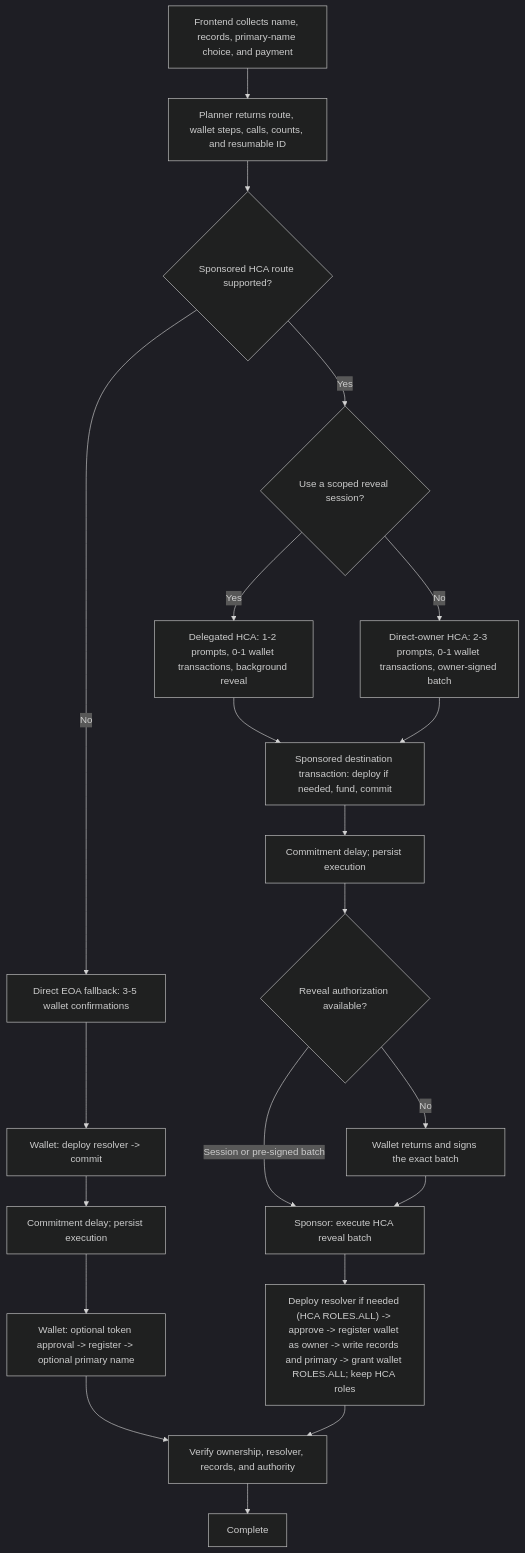
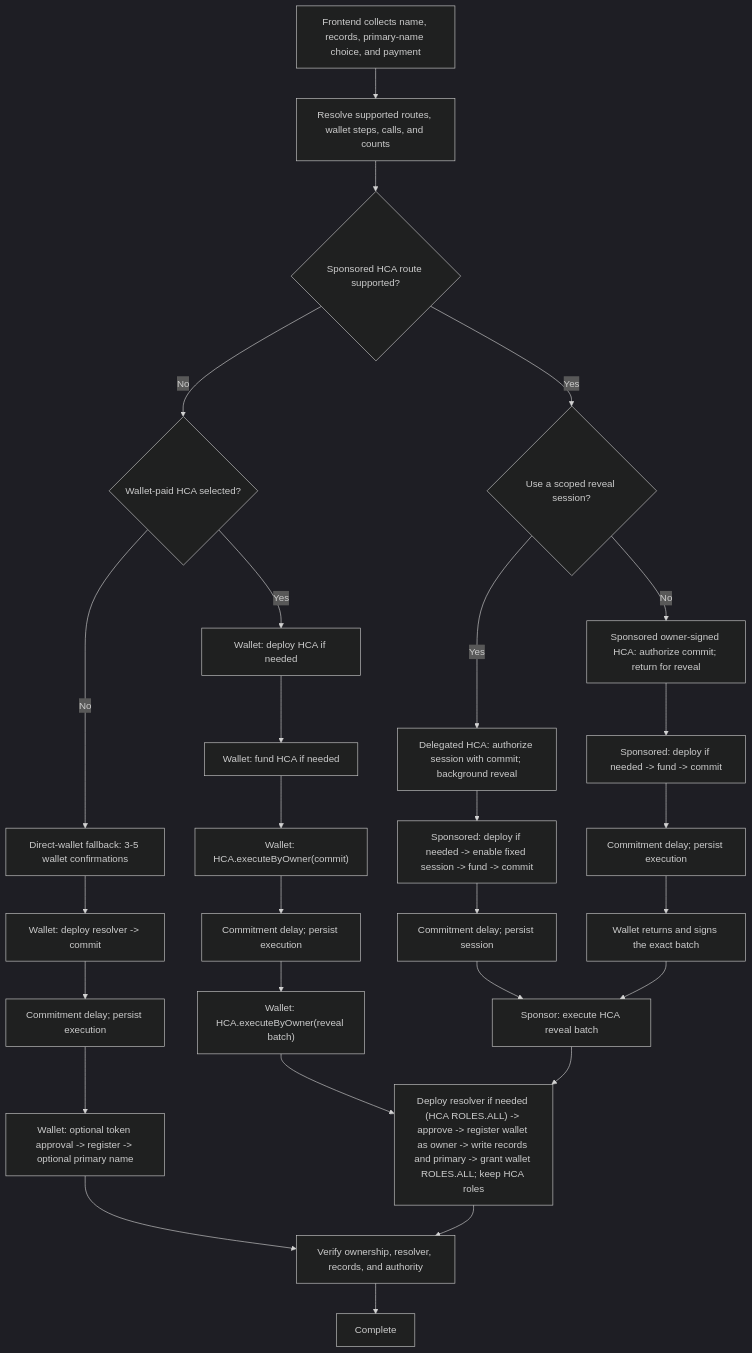
Before and after one commit to ensdomains/contracts-v2: the diagram in docs/HCA-HANDOFF-FRONTEND.md, drawn with Mermaid (dark theme). The commit also changed other lines of this file and 15 other files, not shown here.

Commit message:
feat(hca): use rhinestone session format

````diff
--- a/docs/HCA-HANDOFF-FRONTEND.md
+++ b/docs/HCA-HANDOFF-FRONTEND.md
@@ -56,27 +66,35 @@
 ```mermaid
 flowchart TD
-    input["Frontend collects name, records, primary-name choice, and payment"] --> plan["Planner returns route, wallet steps, calls, counts, and resumable ID"]
-    plan --> supported{"Sponsored HCA route supported?"}
+    input["Frontend collects name, records, primary-name choice, and payment"] --> route["Resolve supported routes, wallet steps, calls, and counts"]
+    route --> sponsored{"Sponsored HCA route supported?"}
 
-    supported -- No --> eoa["Direct EOA fallback: 3-5 wallet confirmations"]
+    sponsored -- No --> paid{"Wallet-paid HCA selected?"}
+    paid -- No --> eoa["Direct-wallet fallback: 3-5 wallet confirmations"]
     eoa --> eoaCommit["Wallet: deploy resolver -> commit"]
     eoaCommit --> eoaWait["Commitment delay; persist execution"]
     eoaWait --> eoaReveal["Wallet: optional token approval -> register -> optional primary name"]
 
-    supported -- Yes --> mode{"Use a scoped reveal session?"}
-    mode -- Yes --> delegated["Delegated HCA: 1-2 prompts, 0-1 wallet transactions, background reveal"]
-    mode -- No --> direct["Direct-owner HCA: 2-3 prompts, 0-1 wallet transactions, owner-signed batch"]
+    sponsored -- Yes --> mode{"Use a scoped reveal session?"}
+    mode -- Yes --> delegated["Delegated HCA: authorize session with commit; background reveal"]
+    mode -- No --> direct["Sponsored owner-signed HCA: authorize commit; return for reveal"]
 
-    delegated --> commit["Sponsored destination transaction: deploy if needed, fund, commit"]
-    direct --> commit
-    commit --> wait["Commitment delay; persist execution"]
-    wait --> ready{"Reveal authorization available?"}
-    ready -- "Session or pre-signed batch" --> reveal["Sponsor: execute HCA reveal batch"]
-    ready -- No --> return["Wallet returns and signs the exact batch"]
+    delegated --> sessionCommit["Sponsored: deploy if needed -> enable fixed session -> fund -> commit"]
+    direct --> commit["Sponsored: deploy if needed -> fund -> commit"]
+    sessionCommit --> delegatedWait["Commitment delay; persist session"]
+    delegatedWait --> reveal["Sponsor: execute HCA reveal batch"]
+    commit --> ownerWait["Commitment delay; persist execution"]
+    ownerWait --> return["Wallet returns and signs the exact batch"]
     return --> reveal
     reveal --> batch["Deploy resolver if needed (HCA ROLES.ALL) -> approve -> register wallet as owner -> write records and primary -> grant wallet ROLES.ALL; keep HCA roles"]
+
+    paid -- Yes --> paidSetup["Wallet: deploy HCA if needed"]
+    paidSetup --> paidFund["Wallet: fund HCA if needed"]
+    paidFund --> paidCommit["Wallet: HCA.executeByOwner(commit)"]
+    paidCommit --> paidWait["Commitment delay; persist execution"]
+    paidWait --> paidReveal["Wallet: HCA.executeByOwner(reveal batch)"]
+    paidReveal --> batch
 
     eoaReveal --> verify["Verify ownership, resolver, records, and authority"]
     batch --> verify
     verify --> done["Complete"]
 ```
````
